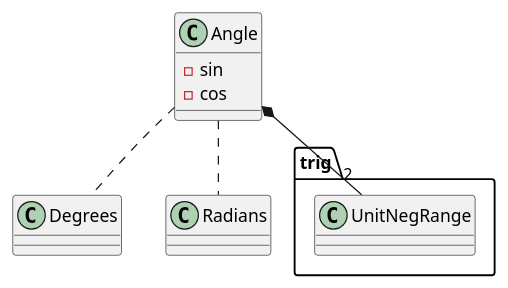
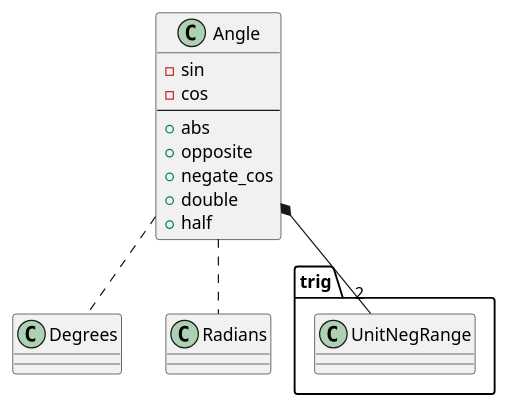
The diagram in docs/uml/angle_class_diagram.puml (kenba/angle-sc-rs), drawn with PlantUML before and after one commit. The commit also changed 5 other files, not shown here.

```diff
--- a/docs/uml/angle_class_diagram.puml
+++ b/docs/uml/angle_class_diagram.puml
@@ -1,16 +1,22 @@
 @startuml
 
 'Copyright (c) 2024 Via Technology Ltd. All Rights Reserved.
 
 ' title Angle Class Diagram
 
 set namespaceSeparator ::
     class Angle {
         - sin
         - cos
+        --
+        + abs
+        + opposite
+        + negate_cos
+        + double
+        + half
     }
 
     Angle .. Degrees
     Angle .. Radians
     Angle *-- "2" trig::UnitNegRange
 @enduml
```
